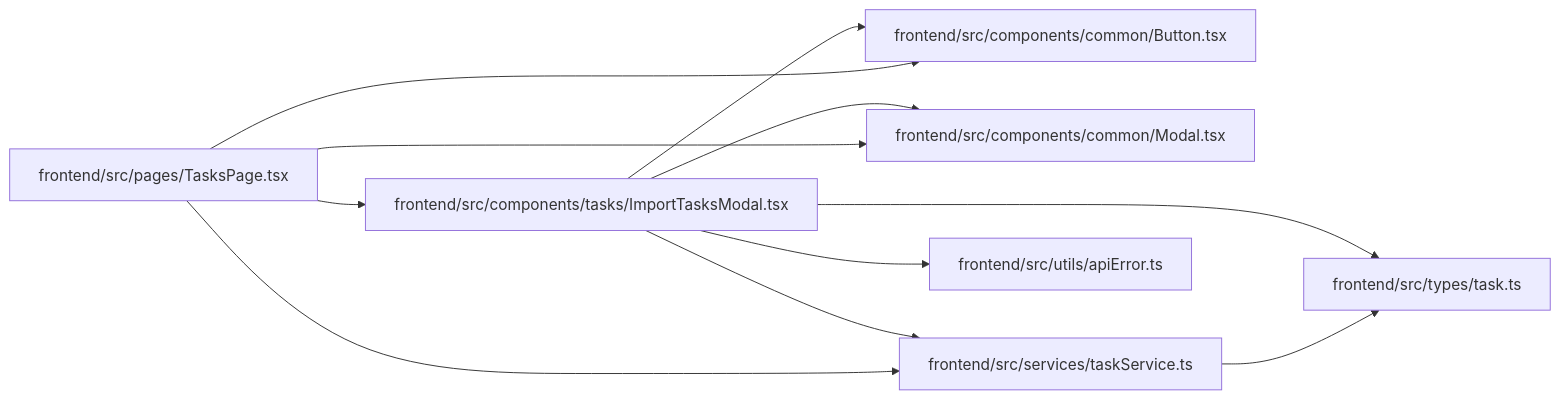
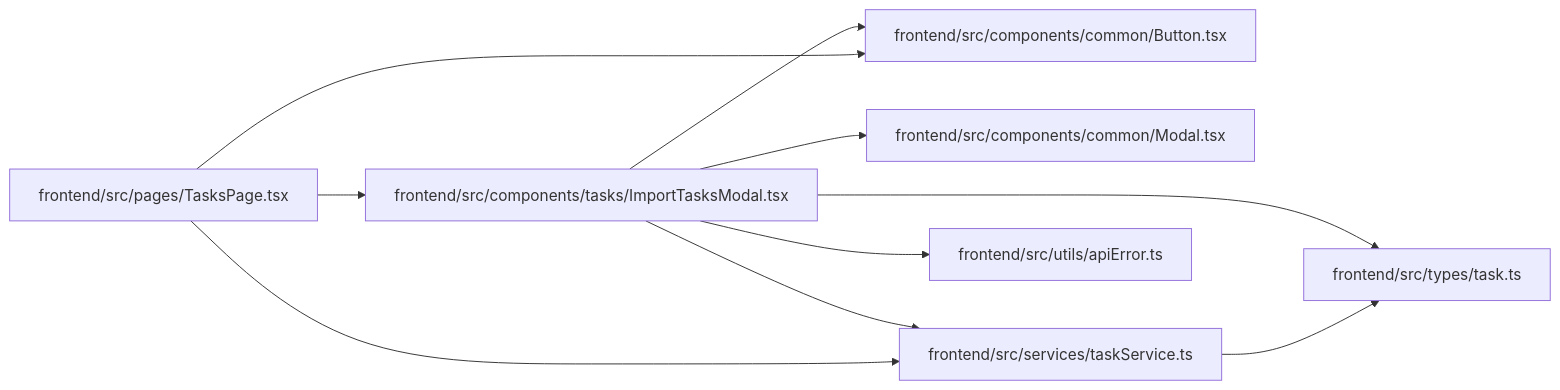
Before and after one commit to Denissvgn/WorkChord: the diagram in docs/llm_wiki/modules/ImportTasksModal.md, drawn with Mermaid. The commit also changed 958 other files, not shown here.

First line of the commit message:
docs(wiki): refresh identity and recovery architecture

````diff
--- a/docs/llm_wiki/modules/ImportTasksModal.md
+++ b/docs/llm_wiki/modules/ImportTasksModal.md
@@ -33,27 +33,26 @@
 ```mermaid
 flowchart LR
     n0["frontend/src/components/common/Button.tsx"]
     n1["frontend/src/components/common/Modal.tsx"]
     n2["frontend/src/components/tasks/ImportTasksModal.tsx"]
     n3["frontend/src/pages/TasksPage.tsx"]
     n4["frontend/src/services/taskService.ts"]
     n5["frontend/src/types/task.ts"]
     n6["frontend/src/utils/apiError.ts"]
     n2 --> n0
     n2 --> n1
     n2 --> n4
     n2 --> n5
     n2 --> n6
     n3 --> n0
-    n3 --> n1
     n3 --> n2
     n3 --> n4
     n4 --> n5
     click n0 "../modules/Button.md"
     click n1 "../modules/Modal.md"
     click n2 "../modules/ImportTasksModal.md"
     click n3 "../modules/TasksPage.md"
     click n4 "../modules/taskService.md"
     click n5 "../modules/types_task.md"
     click n6 "../modules/apiError.md"
 ```
````
